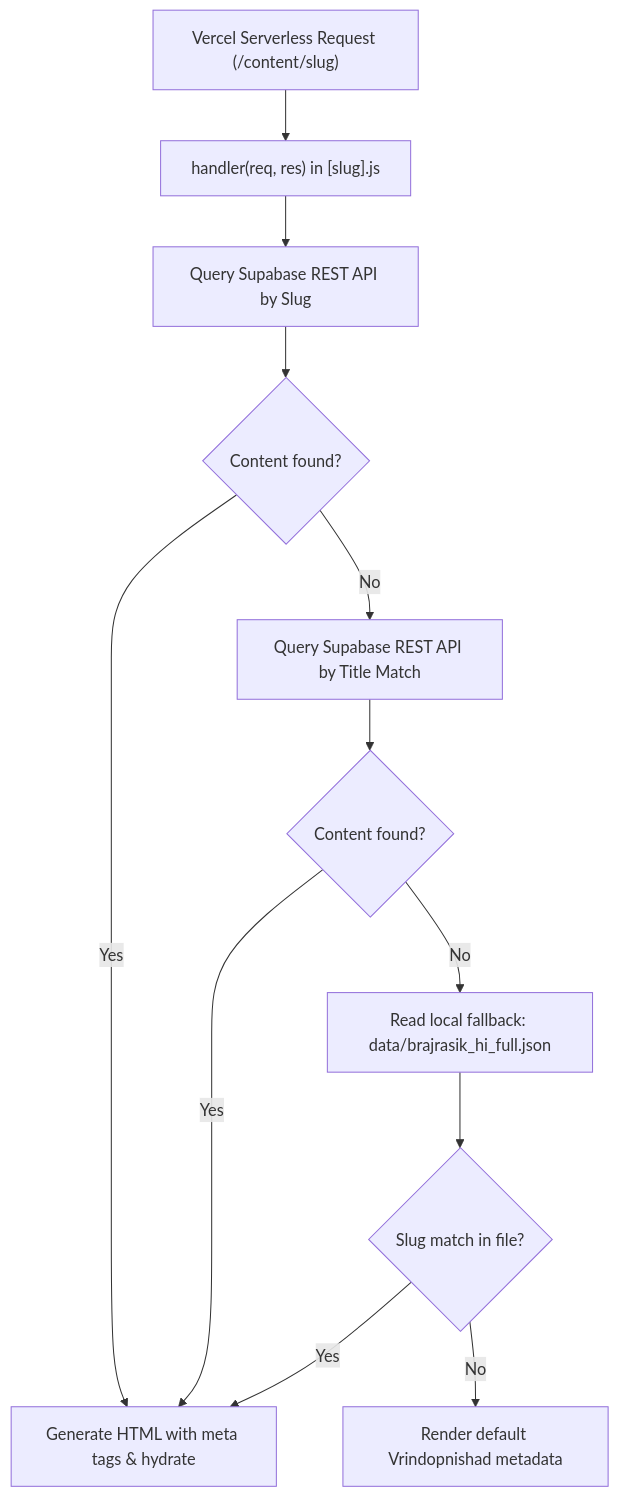
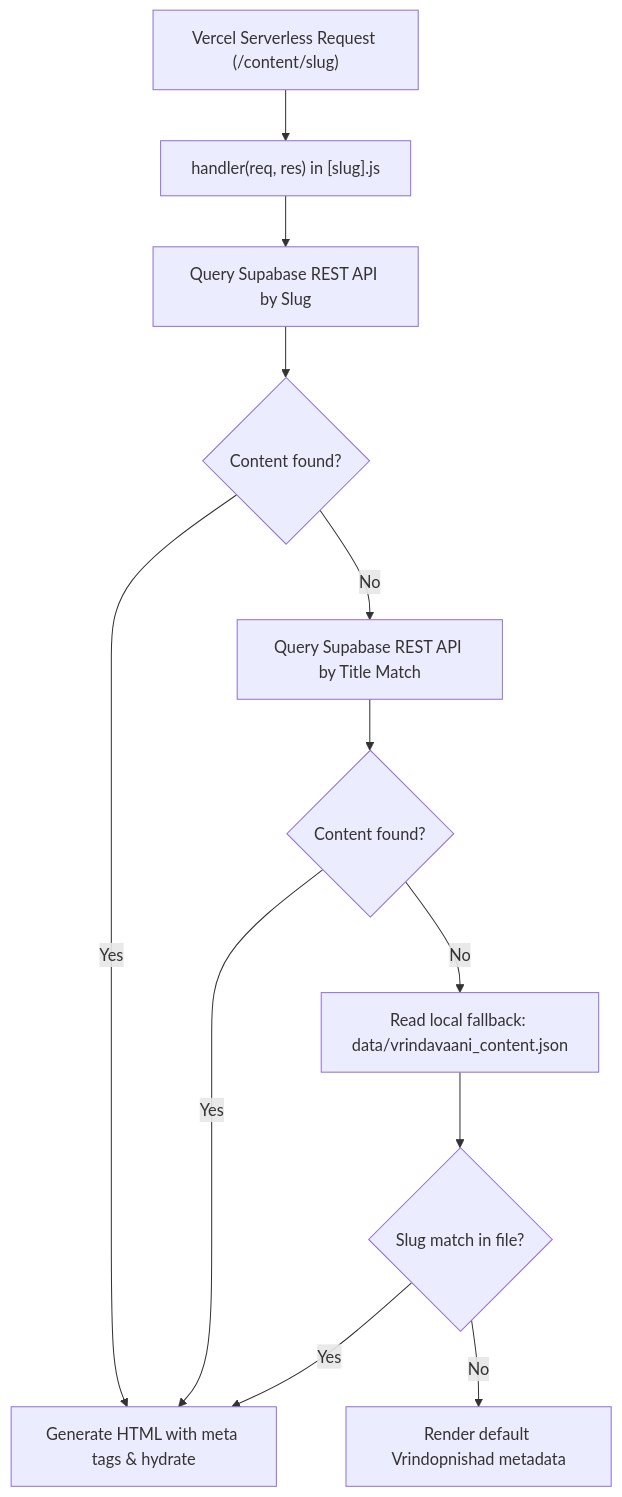
Before and after one commit to mrbjg/vrindopnishad: the second of 2 diagrams in frontend/docs/data_fetching_flow_report.md, drawn with Mermaid. The commit also changed other lines of this file and 98 other files, not shown here.

````diff
--- a/frontend/docs/data_fetching_flow_report.md
+++ b/frontend/docs/data_fetching_flow_report.md
@@ -42,17 +42,17 @@
 ```mermaid
 graph TD
     A["Vercel Serverless Request (/content/slug)"] --> B["handler(req, res) in [slug].js"]
     B --> C["Query Supabase REST API by Slug"]
     C --> D{"Content found?"}
     
     D -- Yes --> G["Generate HTML with meta tags & hydrate"]
     D -- No --> E["Query Supabase REST API by Title Match"]
     E --> F{"Content found?"}
     
     F -- Yes --> G
-    F -- No --> H["Read local fallback: data/brajrasik_hi_full.json"]
+    F -- No --> H["Read local fallback: data/vrindavaani_content.json"]
     H --> I{"Slug match in file?"}
     
     I -- Yes --> G
     I -- No --> J["Render default Vrindopnishad metadata"]
 ```
````
